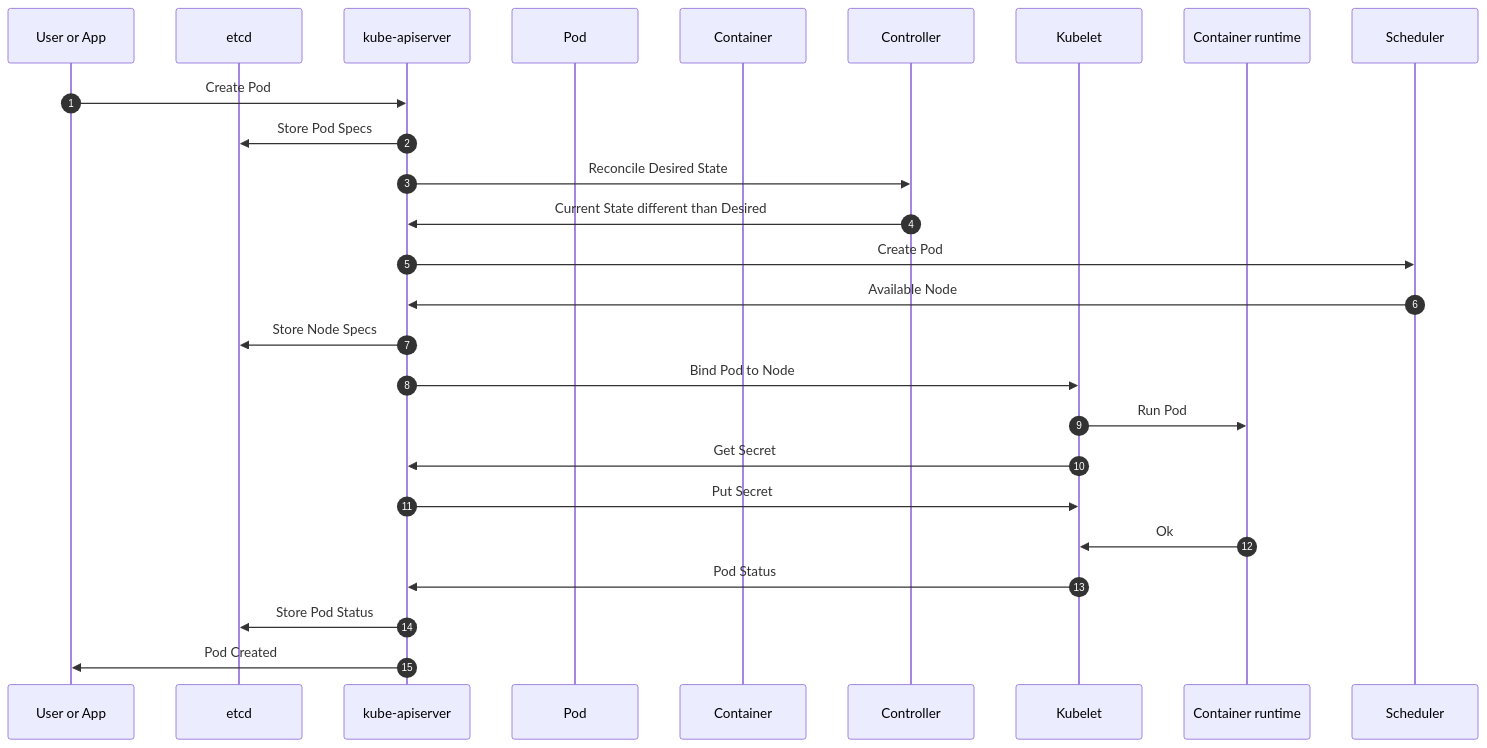
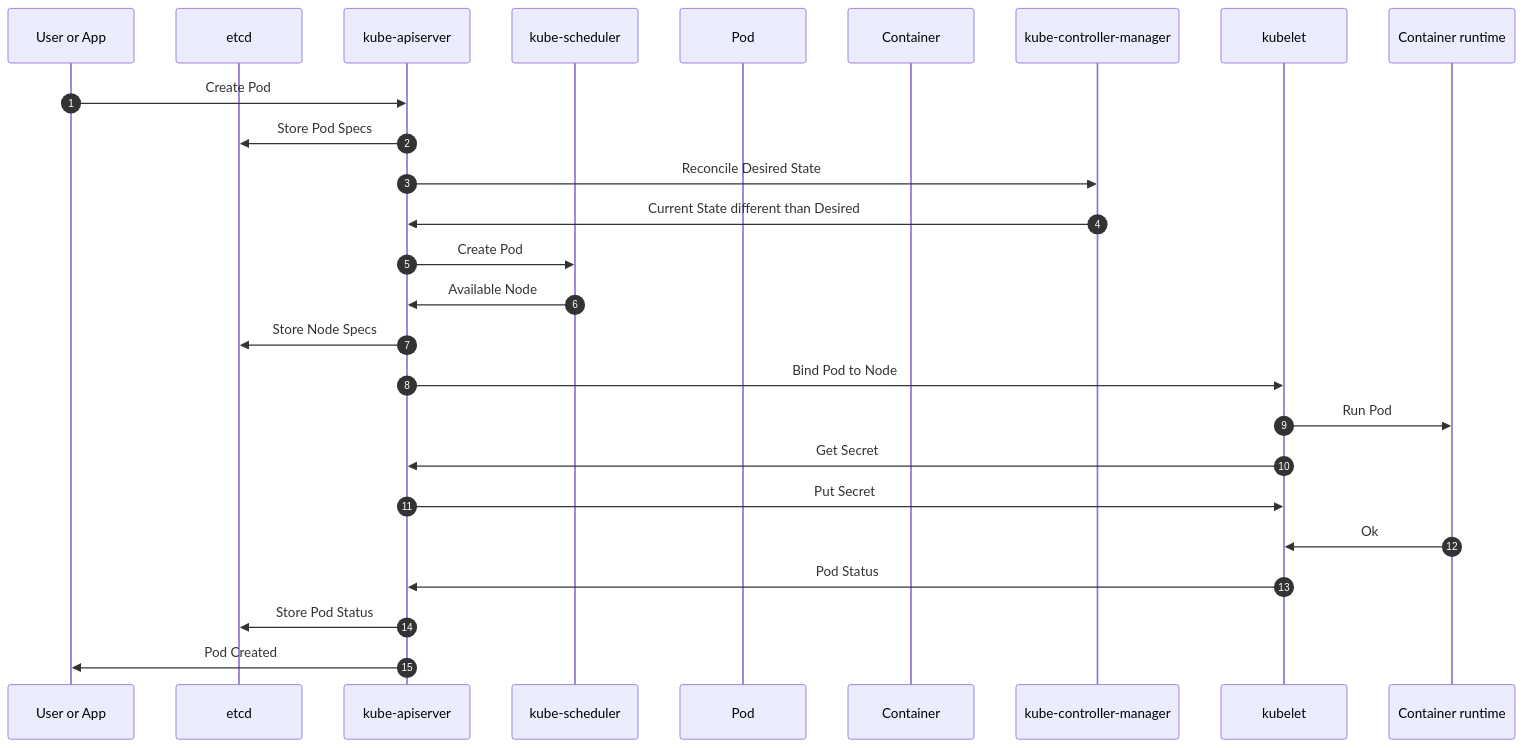
The second of 2 diagrams in ch01/example02/readme.md (PacktPublishing/Kubernetes-Secrets-Handbook), drawn with Mermaid before and after one commit.

Commit message:
chapter 1 - example 2

````diff
--- a/ch01/example02/readme.md
+++ b/ch01/example02/readme.md
@@ -151,27 +151,28 @@
 ```mermaid
 sequenceDiagram
 participant User or App
 participant etcd
 participant kube-apiserver
+participant kube-scheduler
 participant Pod
 participant Container
-participant Controller
-participant Kubelet
+participant kube-controller-manager
+participant kubelet
 participant Container runtime
 autonumber
   User or App->>kube-apiserver: Create Pod
   kube-apiserver->>etcd: Store Pod Specs
-  kube-apiserver->>Controller: Reconcile Desired State
-  Controller->>kube-apiserver: Current State different than Desired
-  kube-apiserver->>Scheduler: Create Pod
-  Scheduler->>kube-apiserver: Available Node
+  kube-apiserver->>kube-controller-manager: Reconcile Desired State
+  kube-controller-manager->>kube-apiserver: Current State different than Desired
+  kube-apiserver->>kube-scheduler: Create Pod
+  kube-scheduler->>kube-apiserver: Available Node
   kube-apiserver->>etcd: Store Node Specs
-  kube-apiserver->>Kubelet: Bind Pod to Node
-  Kubelet->>Container runtime: Run Pod
-  Kubelet->>kube-apiserver: Get Secret
-  kube-apiserver->>Kubelet: Put Secret
-  Container runtime->>Kubelet: Ok
-  Kubelet->>kube-apiserver: Pod Status
+  kube-apiserver->>kubelet: Bind Pod to Node
+  kubelet->>Container runtime: Run Pod
+  kubelet->>kube-apiserver: Get Secret
+  kube-apiserver->>kubelet: Put Secret
+  Container runtime->>kubelet: Ok
+  kubelet->>kube-apiserver: Pod Status
   kube-apiserver->>etcd: Store Pod Status
   kube-apiserver->>User or App: Pod Created
 ```
````
